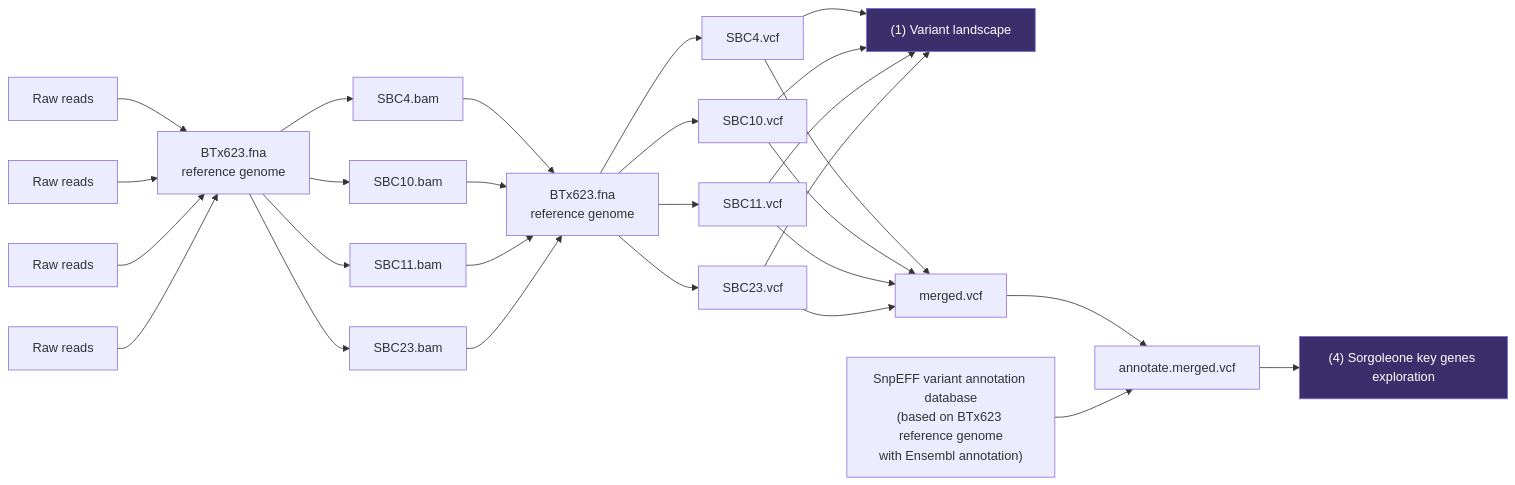
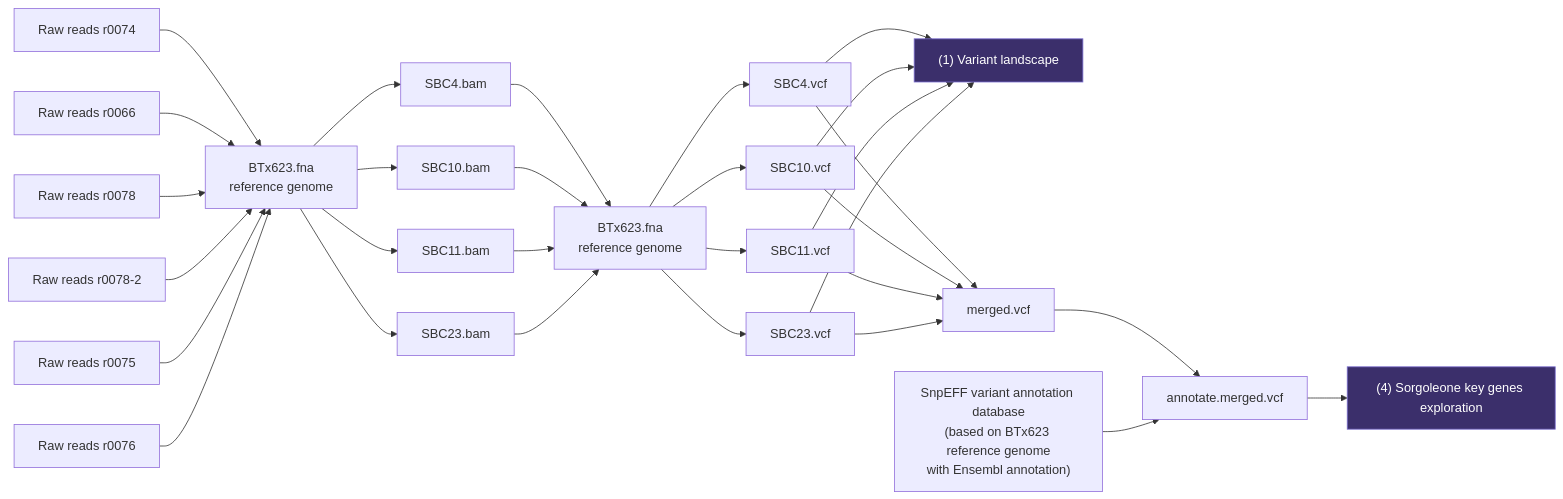
Before and after one commit to daffaaprilio/masters_thesis: the diagram in analysis/ANALYSIS.md, drawn with Mermaid. The commit also changed other lines of this file, not shown here.

````diff
--- a/analysis/ANALYSIS.md
+++ b/analysis/ANALYSIS.md
@@ -11,40 +11,42 @@
 ```mermaid
 flowchart LR
-    R1[Raw reads] --> REF1[BTx623.fna\nreference genome]
-    R2[Raw reads] --> REF1
-    R3[Raw reads] --> REF1
-    R4[Raw reads] --> REF1
+    R1[Raw reads r0074] --> REF1[BTx623.fna\nreference genome]
+    R2[Raw reads r0066] --> REF1
+    R3[Raw reads r0078] --> REF1
+    R3.1[Raw reads r0078-2] --> REF1
+    R3.2[Raw reads r0075] --> REF1
+    R4[Raw reads r0076] --> REF1
 
     REF1 --> B4[SBC4.bam]
     REF1 --> B10[SBC10.bam]
     REF1 --> B11[SBC11.bam]
     REF1 --> B23[SBC23.bam]
 
     REF2[BTx623.fna\nreference genome] --> V4[SBC4.vcf]
     REF2 --> V10[SBC10.vcf]
     REF2 --> V11[SBC11.vcf]
     REF2 --> V23[SBC23.vcf]
 
     B4 --> REF2
     B10 --> REF2
     B11 --> REF2
     B23 --> REF2
 
     V4 --> VL["(1) Variant landscape"]
     V10 --> VL
     V11 --> VL
     V23 --> VL
 
     V4 --> MRG[merged.vcf]
     V10 --> MRG
     V11 --> MRG
     V23 --> MRG
 
     MRG --> ANN[annotate.merged.vcf]
     SNPEFF["SnpEFF variant annotation database\n(based on BTx623 reference genome\nwith Ensembl annotation)"] --> ANN
 
     ANN --> SKG["(4) Sorgoleone key genes exploration"]
 
     style VL fill:#3b2f6b,stroke:#7c6fcf,color:#fff
     style SKG fill:#3b2f6b,stroke:#7c6fcf,color:#fff
 ```
````
